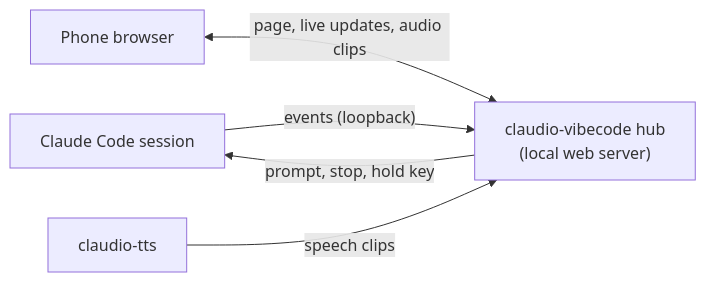
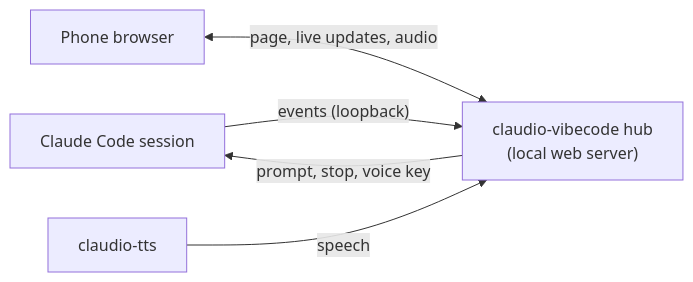
The diagram in README.md (restante/claudio-vibecode), drawn with Mermaid before and after one commit. The commit also changed other lines of this file and 6 other files, not shown here.

````diff
--- a/README.md
+++ b/README.md
@@ -85,7 +151,7 @@
 ```mermaid
 flowchart LR
   C["Claude Code session"] -- "events (loopback)" --> H["claudio-vibecode hub<br/>(local web server)"]
-  H -- "prompt, stop, hold key" --> C
-  P["Phone browser"] <-- "page, live updates, audio clips" --> H
-  T["claudio-tts"] -- "speech clips" --> H
+  H -- "prompt, stop, voice key" --> C
+  P["Phone browser"] <-- "page, live updates, audio" --> H
+  T["claudio-tts"] -- "speech" --> H
 ```
````
